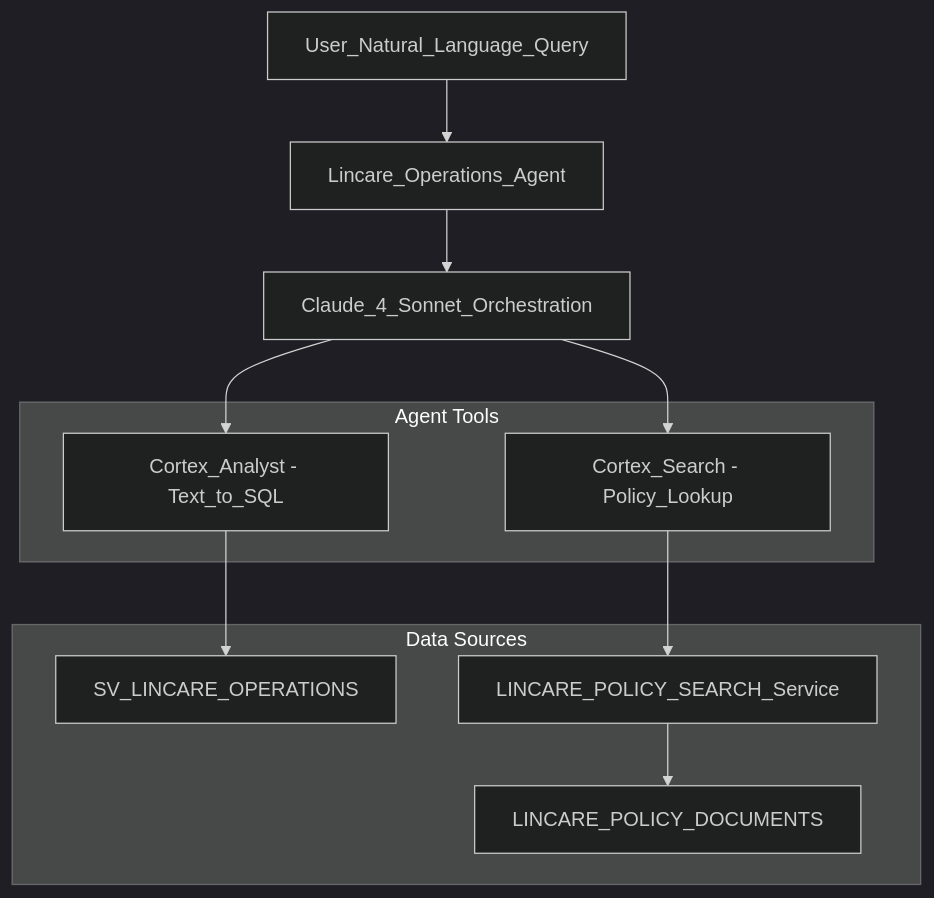
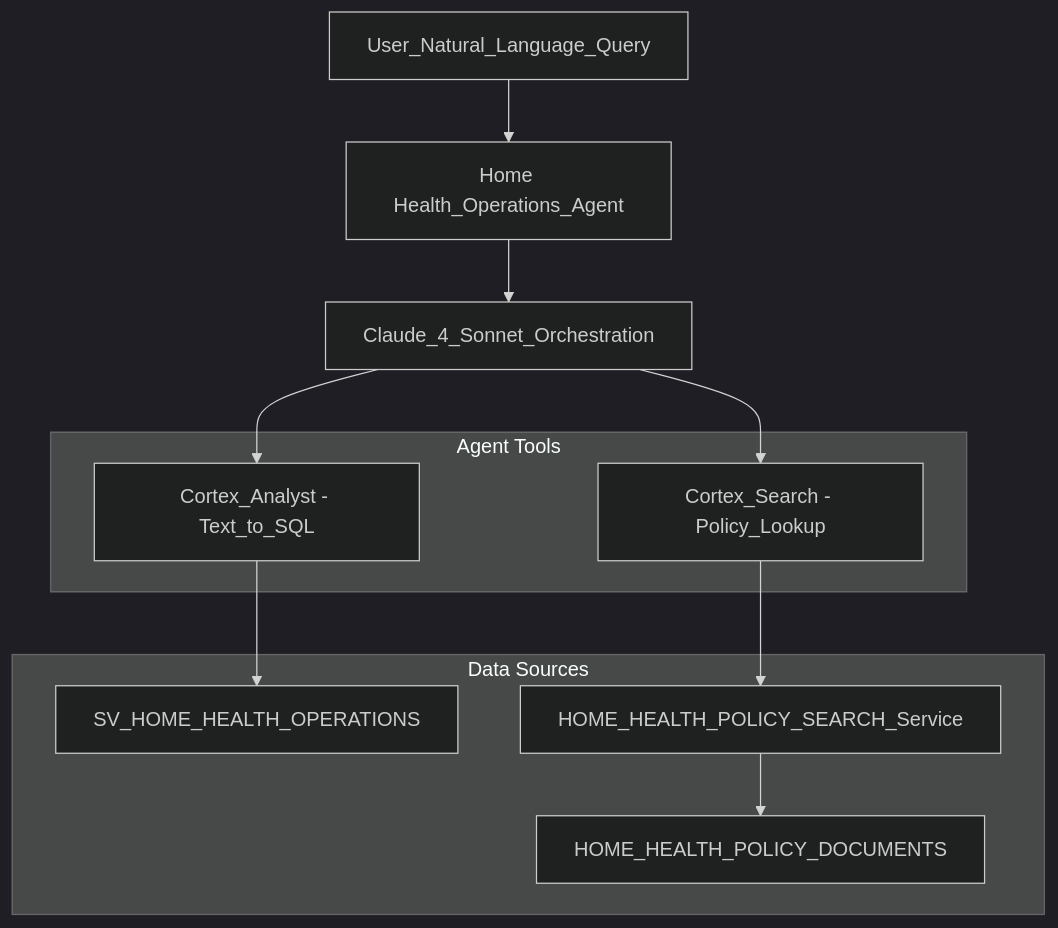
The third of 6 diagrams in architecture_diagrams.md (sfc-gh-rschnabel/Home_Health_demo_snowday), drawn with Mermaid (dark theme) before and after one commit. The commit also changed other lines of this file and 31 other files, not shown here.

First line of the commit message:
Rename from Lincare to Home Health for reusability

````diff
--- a/architecture_diagrams.md
+++ b/architecture_diagrams.md
@@ -113,25 +113,25 @@
 ```mermaid
 graph TB
     User[User_Natural_Language_Query]
-    Agent[Lincare_Operations_Agent]
+    Agent[Home Health_Operations_Agent]
     LLM[Claude_4_Sonnet_Orchestration]
 
     subgraph tools [Agent Tools]
         Analyst[Cortex_Analyst - Text_to_SQL]
         SearchTool[Cortex_Search - Policy_Lookup]
     end
 
     subgraph data [Data Sources]
-        SV[SV_LINCARE_OPERATIONS]
-        Docs[LINCARE_POLICY_DOCUMENTS]
-        SearchSvc[LINCARE_POLICY_SEARCH_Service]
+        SV[SV_HOME_HEALTH_OPERATIONS]
+        Docs[HOME_HEALTH_POLICY_DOCUMENTS]
+        SearchSvc[HOME_HEALTH_POLICY_SEARCH_Service]
     end
 
     User --> Agent
     Agent --> LLM
     LLM --> Analyst
     LLM --> SearchTool
     Analyst --> SV
     SearchTool --> SearchSvc
     SearchSvc --> Docs
 ```
````
